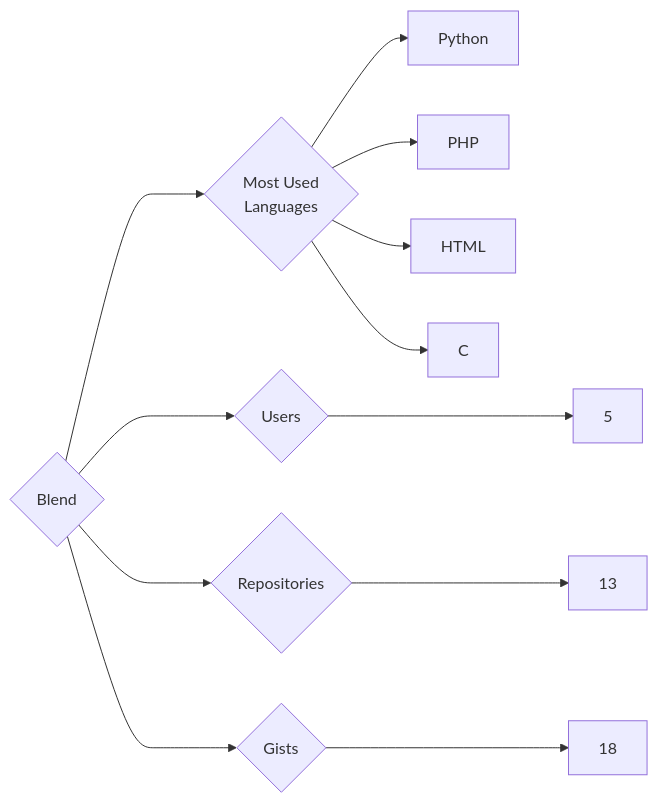
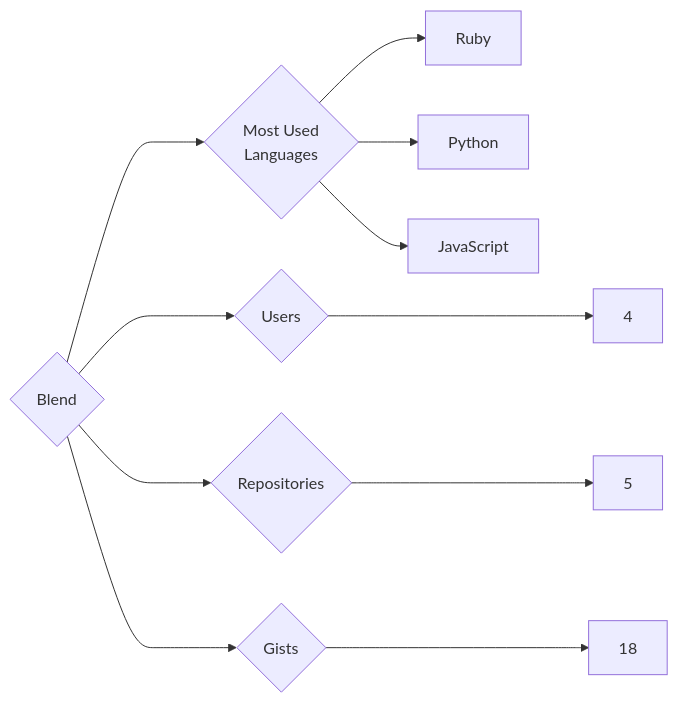
One commit to trickest/insiders changed the diagram in targets/Blend/README.md. Above: the diagram before and after it, drawn with Mermaid. The commit also changed 777 other files, not shown here.

````diff
--- a/targets/Blend/README.md
+++ b/targets/Blend/README.md
@@ -3,12 +3,11 @@
 ```mermaid
 graph LR
 COMPANY_NAME{Blend}
-COMPANY_NAME ---> U{Users} ---> UN[5]
-COMPANY_NAME ---> R{Repositories} ---> RN[13]
+COMPANY_NAME ---> U{Users} ---> UN[4]
+COMPANY_NAME ---> R{Repositories} ---> RN[5]
 COMPANY_NAME ---> G{Gists} ---> GN[18]
 COMPANY_NAME ---> ML{Most Used<br>Languages}
+ML --> Ruby[Ruby]
 ML --> Python[Python]
-ML --> PHP[PHP]
-ML --> HTML[HTML]
-ML --> C[C]
+ML --> JavaScript[JavaScript]
 ```
````
